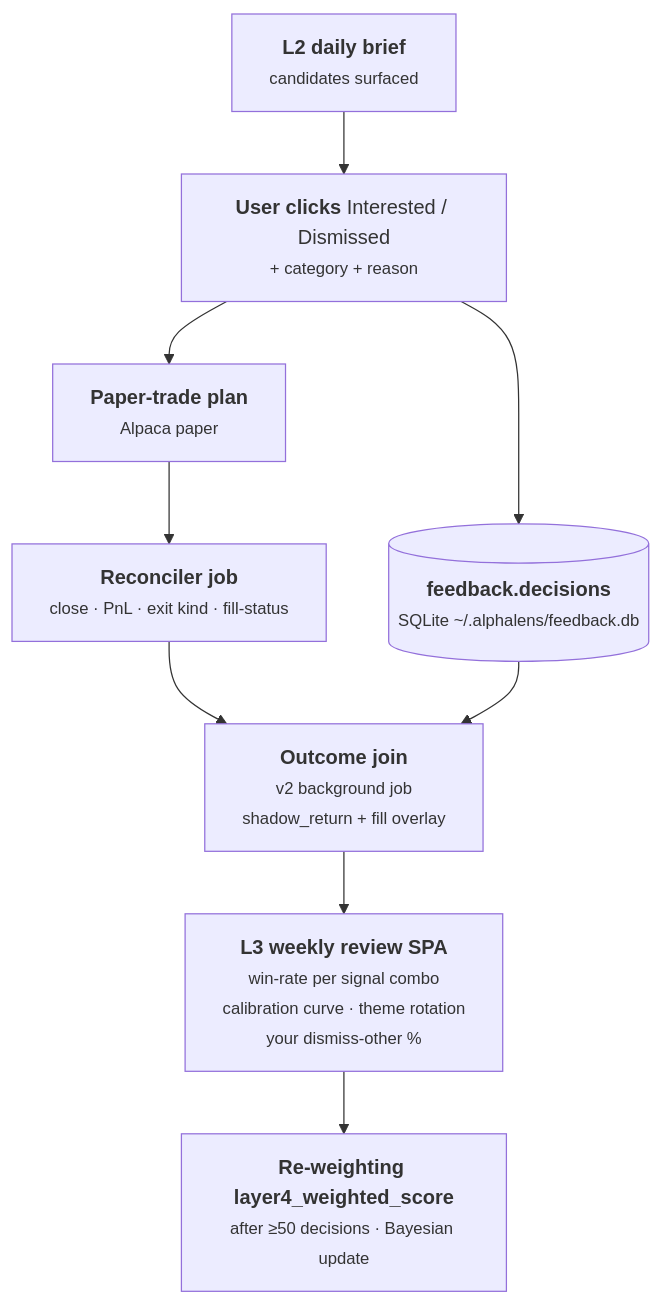
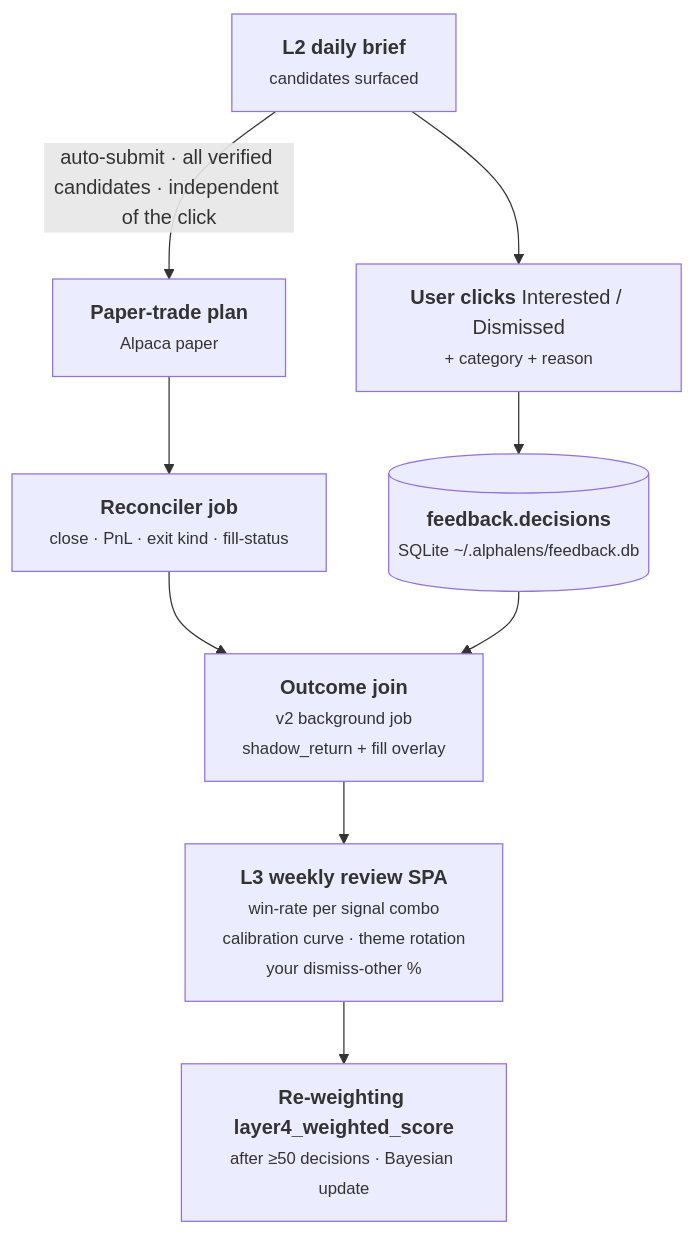
One commit to kamilpajak/AlphaLens changed the third of 3 diagrams in docs/research/alphalens_ideal_shape_2026_05_29.md. Above: the diagram before and after it, drawn with Mermaid. The commit also changed other lines of this file, not shown here.

First line of the commit message:
docs(vision): §4 diagram — paper plan branches off brief, not the user click

````diff
--- a/docs/research/alphalens_ideal_shape_2026_05_29.md
+++ b/docs/research/alphalens_ideal_shape_2026_05_29.md
@@ -135,20 +135,20 @@
 ```mermaid
 flowchart TD
     A["<b>L2 daily brief</b><br/><small>candidates surfaced</small>"]
     B["<b>User clicks</b> Interested / Dismissed<br/><small>+ category + reason</small>"]
     C[("<b>feedback.decisions</b><br/><small>SQLite ~/.alphalens/feedback.db</small>")]
     D["<b>Paper-trade plan</b><br/><small>Alpaca paper</small>"]
     E["<b>Reconciler job</b><br/><small>close · PnL · exit kind · fill-status</small>"]
     F["<b>Outcome join</b><br/><small>v2 background job<br/>shadow_return + fill overlay</small>"]
     G["<b>L3 weekly review SPA</b><br/><small>win-rate per signal combo<br/>calibration curve · theme rotation<br/>your dismiss-other %</small>"]
     H["<b>Re-weighting layer4_weighted_score</b><br/><small>after ≥50 decisions · Bayesian update</small>"]
 
     A --> B
     B --> C
-    B --> D
+    A -->|"auto-submit · all verified candidates · independent of the click"| D
     D --> E
     E --> F
     C --> F
     F --> G
     G --> H
 ```
````
